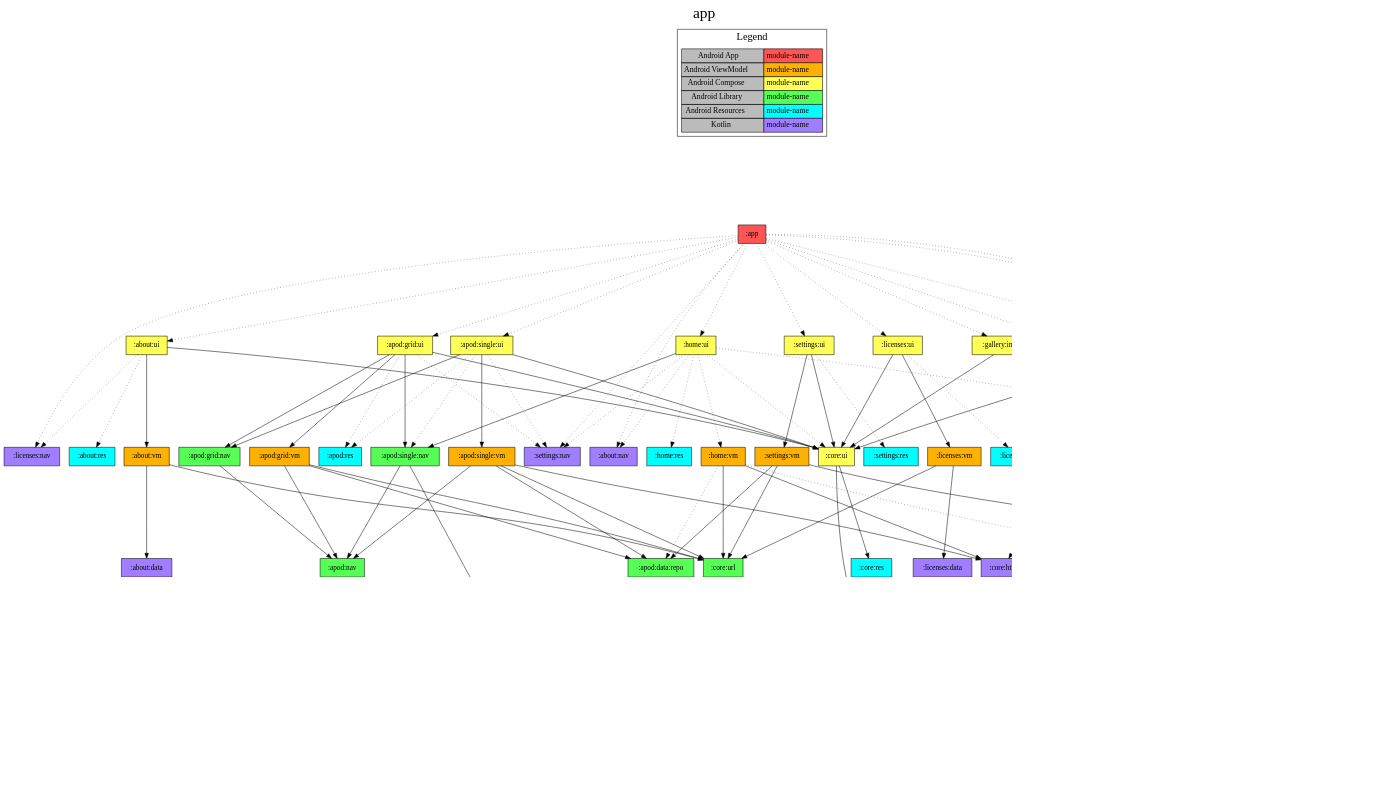
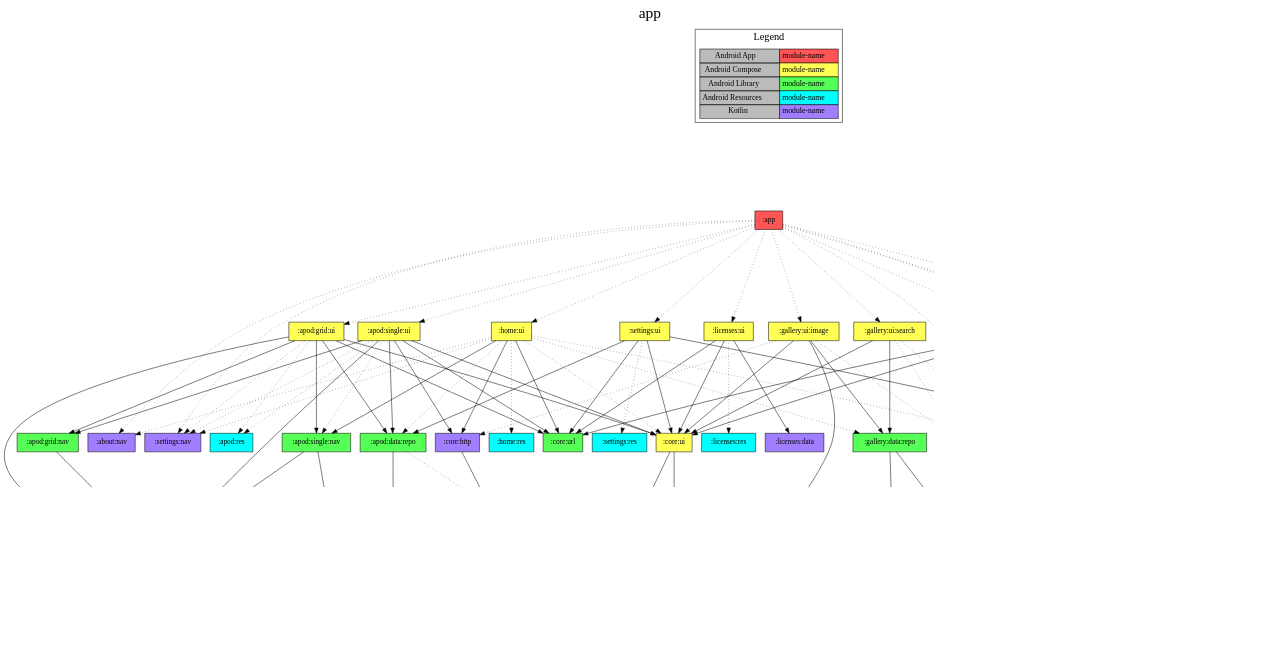
Before and after one commit to jonapoul/nasa-android: the diagram in app/project-dependency-graph.dot, drawn with Graphviz. The commit also changed 159 other files, not shown here.

```diff
--- a/app/project-dependency-graph.dot
+++ b/app/project-dependency-graph.dot
@@ -1,163 +1,145 @@
 digraph {
 edge ["dir"="forward"]
 graph ["dpi"="100","label"="app","labelloc"="t","fontsize"="30","ranksep"="2.5","rankdir"="TB"]
 node ["style"="filled"]
 ":app" ["shape"="box","fillcolor"="#FF5555"]
 ":about:nav" ["fillcolor"="#A17EFF","shape"="box"]
 ":about:ui" ["fillcolor"="#FFFF55","shape"="box"]
-":about:vm" ["fillcolor"="#FCB103","shape"="box"]
 ":about:data" ["fillcolor"="#A17EFF","shape"="box"]
-":core:url" ["fillcolor"="#55FF55","shape"="box"]
 ":core:ui" ["fillcolor"="#FFFF55","shape"="box"]
 ":core:model" ["fillcolor"="#A17EFF","shape"="box"]
 ":core:res" ["fillcolor"="#00FFFF","shape"="box"]
+":core:url" ["fillcolor"="#55FF55","shape"="box"]
 ":about:res" ["fillcolor"="#00FFFF","shape"="box"]
 ":licenses:nav" ["fillcolor"="#A17EFF","shape"="box"]
 ":apod:grid:ui" ["fillcolor"="#FFFF55","shape"="box"]
-":apod:grid:nav" ["fillcolor"="#55FF55","shape"="box"]
-":apod:nav" ["fillcolor"="#55FF55","shape"="box"]
-":apod:grid:vm" ["fillcolor"="#FCB103","shape"="box"]
 ":apod:data:repo" ["fillcolor"="#55FF55","shape"="box"]
 ":apod:data:api" ["fillcolor"="#A17EFF","shape"="box"]
 ":apod:model" ["fillcolor"="#A17EFF","shape"="box"]
 ":db:apod" ["fillcolor"="#A17EFF","shape"="box"]
+":apod:grid:nav" ["fillcolor"="#55FF55","shape"="box"]
+":apod:nav" ["fillcolor"="#55FF55","shape"="box"]
 ":apod:single:nav" ["fillcolor"="#55FF55","shape"="box"]
 ":apod:res" ["fillcolor"="#00FFFF","shape"="box"]
 ":settings:nav" ["fillcolor"="#A17EFF","shape"="box"]
 ":apod:single:ui" ["fillcolor"="#FFFF55","shape"="box"]
-":apod:single:vm" ["fillcolor"="#FCB103","shape"="box"]
 ":core:http" ["fillcolor"="#A17EFF","shape"="box"]
 ":db:impl" ["fillcolor"="#55FF55","shape"="box"]
 ":db:api" ["fillcolor"="#A17EFF","shape"="box"]
 ":db:gallery" ["fillcolor"="#A17EFF","shape"="box"]
 ":gallery:model" ["fillcolor"="#A17EFF","shape"="box"]
-":gallery:image:ui" ["fillcolor"="#FFFF55","shape"="box"]
-":gallery:image:vm" ["fillcolor"="#FCB103","shape"="box"]
+":gallery:nav" ["fillcolor"="#A17EFF","shape"="box"]
+":gallery:ui:image" ["fillcolor"="#FFFF55","shape"="box"]
 ":gallery:data:repo" ["fillcolor"="#55FF55","shape"="box"]
 ":gallery:data:api" ["fillcolor"="#A17EFF","shape"="box"]
 ":gallery:res" ["fillcolor"="#00FFFF","shape"="box"]
-":gallery:nav" ["fillcolor"="#A17EFF","shape"="box"]
-":gallery:search:ui" ["fillcolor"="#FFFF55","shape"="box"]
-":gallery:search:vm" ["fillcolor"="#FCB103","shape"="box"]
+":gallery:ui:search" ["fillcolor"="#FFFF55","shape"="box"]
 ":home:nav" ["fillcolor"="#A17EFF","shape"="box"]
 ":home:ui" ["fillcolor"="#FFFF55","shape"="box"]
 ":home:res" ["fillcolor"="#00FFFF","shape"="box"]
-":home:vm" ["fillcolor"="#FCB103","shape"="box"]
 ":licenses:ui" ["fillcolor"="#FFFF55","shape"="box"]
-":licenses:vm" ["fillcolor"="#FCB103","shape"="box"]
 ":licenses:data" ["fillcolor"="#A17EFF","shape"="box"]
 ":licenses:res" ["fillcolor"="#00FFFF","shape"="box"]
 ":settings:ui" ["fillcolor"="#FFFF55","shape"="box"]
-":settings:vm" ["fillcolor"="#FCB103","shape"="box"]
 ":settings:res" ["fillcolor"="#00FFFF","shape"="box"]
 {
 edge ["dir"="none"]
 graph ["rank"="same"]
 ":app"
 }
 ":app" -> ":about:nav" ["style"="dotted"]
 ":app" -> ":about:ui" ["style"="dotted"]
 ":app" -> ":apod:grid:ui" ["style"="dotted"]
 ":app" -> ":apod:single:ui" ["style"="dotted"]
 ":app" -> ":db:impl" ["style"="dotted"]
-":app" -> ":gallery:image:ui" ["style"="dotted"]
 ":app" -> ":gallery:nav" ["style"="dotted"]
-":app" -> ":gallery:search:ui" ["style"="dotted"]
+":app" -> ":gallery:ui:image" ["style"="dotted"]
+":app" -> ":gallery:ui:search" ["style"="dotted"]
 ":app" -> ":home:nav" ["style"="dotted"]
 ":app" -> ":home:ui" ["style"="dotted"]
 ":app" -> ":licenses:nav" ["style"="dotted"]
 ":app" -> ":licenses:ui" ["style"="dotted"]
 ":app" -> ":settings:nav" ["style"="dotted"]
 ":app" -> ":settings:ui" ["style"="dotted"]
-":about:ui" -> ":about:vm"
+":about:ui" -> ":about:data"
 ":about:ui" -> ":core:ui"
+":about:ui" -> ":core:url"
 ":about:ui" -> ":about:res" ["style"="dotted"]
 ":about:ui" -> ":licenses:nav" ["style"="dotted"]
-":about:vm" -> ":about:data"
-":about:vm" -> ":core:url"
 ":core:ui" -> ":core:model"
 ":core:ui" -> ":core:res"
+":apod:grid:ui" -> ":apod:data:repo"
 ":apod:grid:ui" -> ":apod:grid:nav"
-":apod:grid:ui" -> ":apod:grid:vm"
+":apod:grid:ui" -> ":apod:nav"
 ":apod:grid:ui" -> ":apod:single:nav"
 ":apod:grid:ui" -> ":core:ui"
+":apod:grid:ui" -> ":core:url"
 ":apod:grid:ui" -> ":apod:res" ["style"="dotted"]
 ":apod:grid:ui" -> ":settings:nav" ["style"="dotted"]
-":apod:grid:nav" -> ":apod:nav"
-":apod:grid:vm" -> ":apod:data:repo"
-":apod:grid:vm" -> ":apod:nav"
-":apod:grid:vm" -> ":core:url"
 ":apod:data:repo" -> ":apod:data:api"
 ":apod:data:repo" -> ":db:apod" ["style"="dotted"]
 ":apod:data:api" -> ":apod:model"
 ":apod:data:api" -> ":core:model"
+":apod:grid:nav" -> ":apod:nav"
 ":apod:single:nav" -> ":apod:model"
 ":apod:single:nav" -> ":apod:nav"
+":apod:single:ui" -> ":apod:data:repo"
 ":apod:single:ui" -> ":apod:grid:nav"
-":apod:single:ui" -> ":apod:single:vm"
+":apod:single:ui" -> ":apod:nav"
+":apod:single:ui" -> ":core:http"
 ":apod:single:ui" -> ":core:ui"
+":apod:single:ui" -> ":core:url"
 ":apod:single:ui" -> ":apod:res" ["style"="dotted"]
 ":apod:single:ui" -> ":apod:single:nav" ["style"="dotted"]
 ":apod:single:ui" -> ":settings:nav" ["style"="dotted"]
-":apod:single:vm" -> ":apod:data:repo"
-":apod:single:vm" -> ":apod:nav"
-":apod:single:vm" -> ":core:http"
-":apod:single:vm" -> ":core:url"
 ":core:http" -> ":core:model"
 ":db:impl" -> ":db:api"
 ":db:impl" -> ":db:apod"
 ":db:impl" -> ":db:gallery"
 ":db:gallery" -> ":gallery:model"
-":gallery:image:ui" -> ":core:ui"
-":gallery:image:ui" -> ":gallery:image:vm"
-":gallery:image:ui" -> ":core:http" ["style"="dotted"]
-":gallery:image:ui" -> ":gallery:res" ["style"="dotted"]
-":gallery:image:vm" -> ":core:model"
-":gallery:image:vm" -> ":gallery:data:repo"
-":gallery:image:vm" -> ":core:http" ["style"="dotted"]
+":gallery:nav" -> ":gallery:model" ["style"="dotted"]
+":gallery:ui:image" -> ":core:model"
+":gallery:ui:image" -> ":core:ui"
+":gallery:ui:image" -> ":gallery:data:repo"
+":gallery:ui:image" -> ":core:http" ["style"="dotted"]
+":gallery:ui:image" -> ":gallery:res" ["style"="dotted"]
 ":gallery:data:repo" -> ":db:gallery"
 ":gallery:data:repo" -> ":gallery:data:api"
 ":gallery:data:api" -> ":gallery:model"
-":gallery:nav" -> ":gallery:model" ["style"="dotted"]
-":gallery:search:ui" -> ":core:ui"
-":gallery:search:ui" -> ":gallery:search:vm"
-":gallery:search:ui" -> ":gallery:nav" ["style"="dotted"]
-":gallery:search:ui" -> ":gallery:res" ["style"="dotted"]
-":gallery:search:vm" -> ":gallery:data:repo"
+":gallery:ui:search" -> ":core:ui"
+":gallery:ui:search" -> ":gallery:data:repo"
+":gallery:ui:search" -> ":gallery:nav" ["style"="dotted"]
+":gallery:ui:search" -> ":gallery:res" ["style"="dotted"]
 ":home:ui" -> ":apod:single:nav"
+":home:ui" -> ":core:http"
+":home:ui" -> ":core:url"
 ":home:ui" -> ":about:nav" ["style"="dotted"]
+":home:ui" -> ":apod:data:repo" ["style"="dotted"]
 ":home:ui" -> ":core:ui" ["style"="dotted"]
+":home:ui" -> ":gallery:data:repo" ["style"="dotted"]
 ":home:ui" -> ":gallery:nav" ["style"="dotted"]
 ":home:ui" -> ":home:res" ["style"="dotted"]
-":home:ui" -> ":home:vm" ["style"="dotted"]
 ":home:ui" -> ":settings:nav" ["style"="dotted"]
-":home:vm" -> ":core:http"
-":home:vm" -> ":core:url"
-":home:vm" -> ":apod:data:repo" ["style"="dotted"]
-":home:vm" -> ":gallery:data:repo" ["style"="dotted"]
 ":licenses:ui" -> ":core:ui"
-":licenses:ui" -> ":licenses:vm"
+":licenses:ui" -> ":core:url"
+":licenses:ui" -> ":licenses:data"
 ":licenses:ui" -> ":licenses:res" ["style"="dotted"]
-":licenses:vm" -> ":core:url"
-":licenses:vm" -> ":licenses:data"
+":settings:ui" -> ":apod:data:repo"
 ":settings:ui" -> ":core:ui"
-":settings:ui" -> ":settings:vm"
+":settings:ui" -> ":core:url"
+":settings:ui" -> ":db:api"
 ":settings:ui" -> ":settings:res" ["style"="dotted"]
-":settings:vm" -> ":apod:data:repo"
-":settings:vm" -> ":core:url"
-":settings:vm" -> ":db:api"
 subgraph "cluster_legend" {
 edge ["dir"="none"]
 graph ["label"="Legend","fontsize"="20"]
 "Legend" ["style"="filled","fillcolor"="#bbbbbb","shape"="none","margin"="0","fontsize"="15","label"=<
 <TABLE BORDER="0" CELLBORDER="1" CELLSPACING="0" CELLPADDING="4">
 <TR><TD>Android App</TD><TD BGCOLOR="#FF5555">module-name</TD></TR>
-<TR><TD>Android ViewModel</TD><TD BGCOLOR="#FCB103">module-name</TD></TR>
 <TR><TD>Android Compose</TD><TD BGCOLOR="#FFFF55">module-name</TD></TR>
 <TR><TD>Android Library</TD><TD BGCOLOR="#55FF55">module-name</TD></TR>
 <TR><TD>Android Resources</TD><TD BGCOLOR="#00FFFF">module-name</TD></TR>
 <TR><TD>Kotlin</TD><TD BGCOLOR="#A17EFF">module-name</TD></TR>
 </TABLE>
 >]
 } -> ":app" ["style"="invis"]
 }
```
